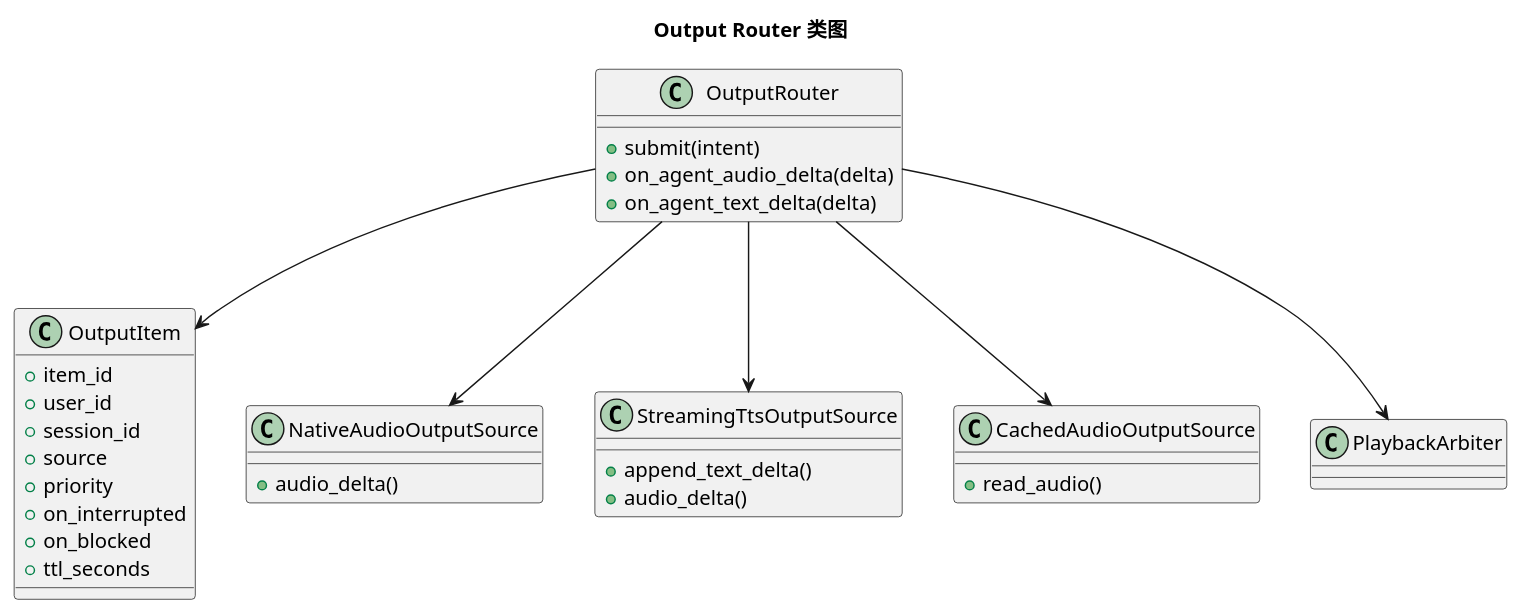
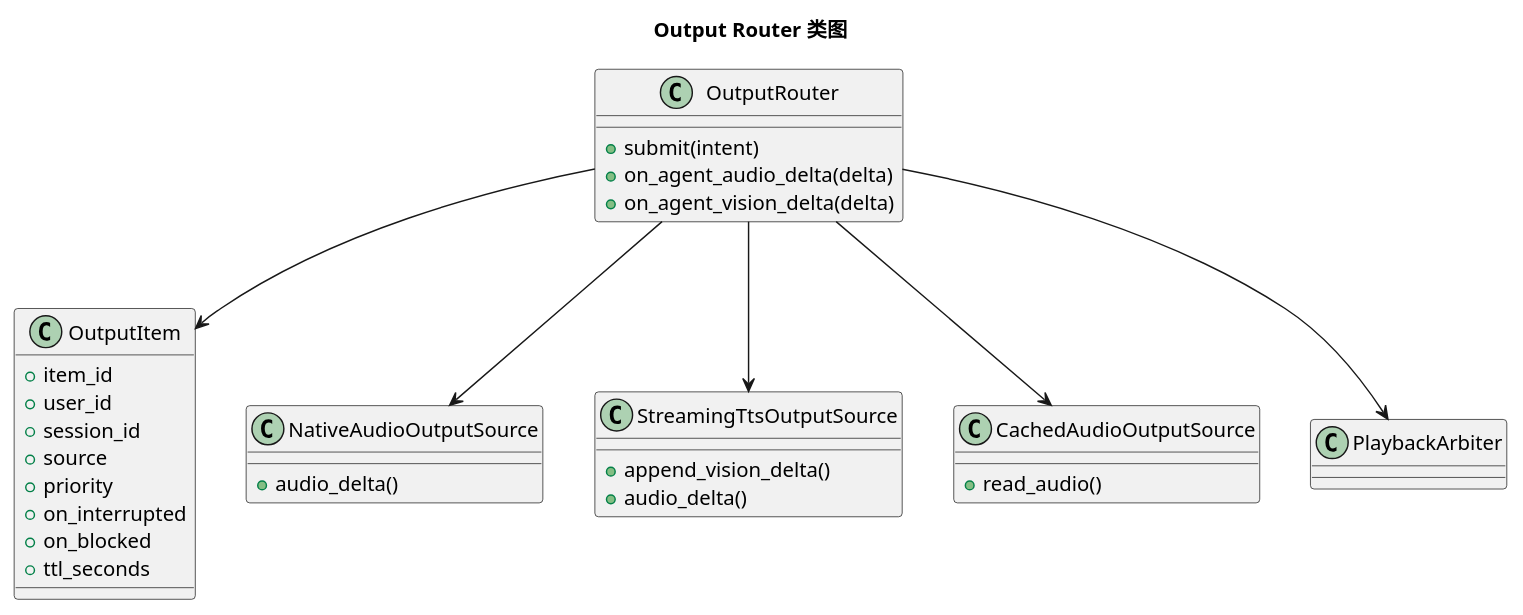
Before and after one commit to HengeLiu/RealtimeAgent: diagram 14 of 18 in audio-server/docs/internal/audio-server-architecture-design.md, drawn with PlantUML. The commit also changed other lines of this file and 488 other files, not shown here.

````diff
--- a/audio-server/docs/internal/audio-server-architecture-design.md
+++ b/audio-server/docs/internal/audio-server-architecture-design.md
@@ -2260,43 +2260,43 @@
 ```plantuml
 @startuml
 title Output Router 类图
 
 class OutputRouter {
   +submit(intent)
   +on_agent_audio_delta(delta)
-  +on_agent_text_delta(delta)
+  +on_agent_vision_delta(delta)
 }
 
 class OutputItem {
   +item_id
   +user_id
   +session_id
   +source
   +priority
   +on_interrupted
   +on_blocked
   +ttl_seconds
 }
 
 class NativeAudioOutputSource {
   +audio_delta()
 }
 
 class StreamingTtsOutputSource {
-  +append_text_delta()
+  +append_vision_delta()
   +audio_delta()
 }
 
 class CachedAudioOutputSource {
   +read_audio()
 }
 
 class PlaybackArbiter
 
 OutputRouter --> OutputItem
 OutputRouter --> NativeAudioOutputSource
 OutputRouter --> StreamingTtsOutputSource
 OutputRouter --> CachedAudioOutputSource
 OutputRouter --> PlaybackArbiter
 @enduml
 ```
````
